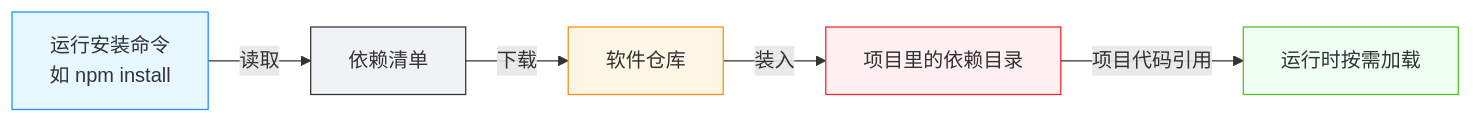
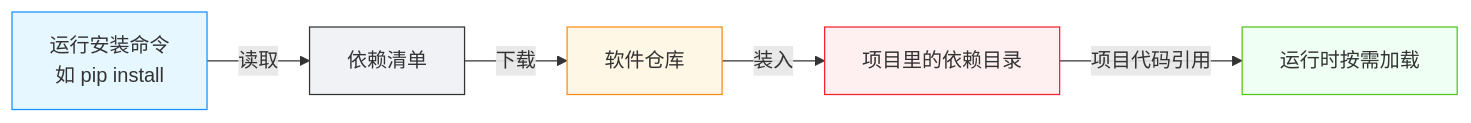
The diagram in vitepress/docs/tutorial/01-project-startup/06-dependencies.md (Artistzq/under-vibe), drawn with Mermaid before and after one commit. The commit also changed other lines of this file, not shown here.

First line of the commit message:
ART-6: 依赖篇去除 npm 示例，改用 Python pip

````diff
--- a/vitepress/docs/tutorial/01-project-startup/06-dependencies.md
+++ b/vitepress/docs/tutorial/01-project-startup/06-dependencies.md
@@ -65,13 +65,13 @@
 ```mermaid
 graph LR
     classDef u fill:#e6f7ff,stroke:#1890ff
     classDef t fill:#f0f2f5,stroke:#333
     classDef s fill:#fff7e6,stroke:#fa8c16
     classDef k fill:#fef0f0,stroke:#f5222d
     classDef r fill:#f0fff4,stroke:#52c41a
 
-    A[运行安装命令<br/>如 npm install]:::u -->|读取| B[依赖清单]:::t
+    A[运行安装命令<br/>如 pip install]:::u -->|读取| B[依赖清单]:::t
     B -->|下载| C[软件仓库]:::s
     C -->|装入| D[项目里的依赖目录]:::k
     D -->|项目代码引用| E[运行时按需加载]:::r
 ```
````
